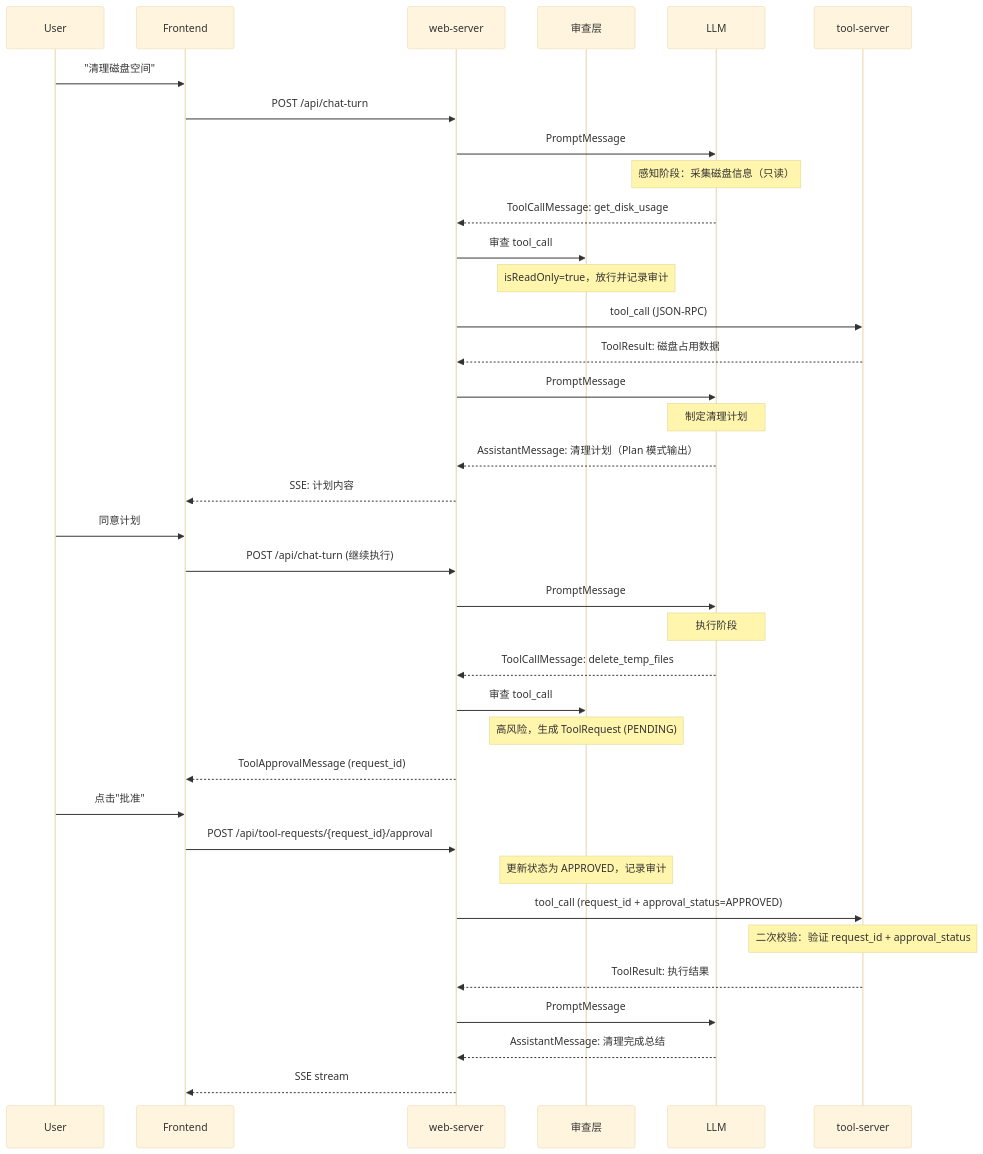
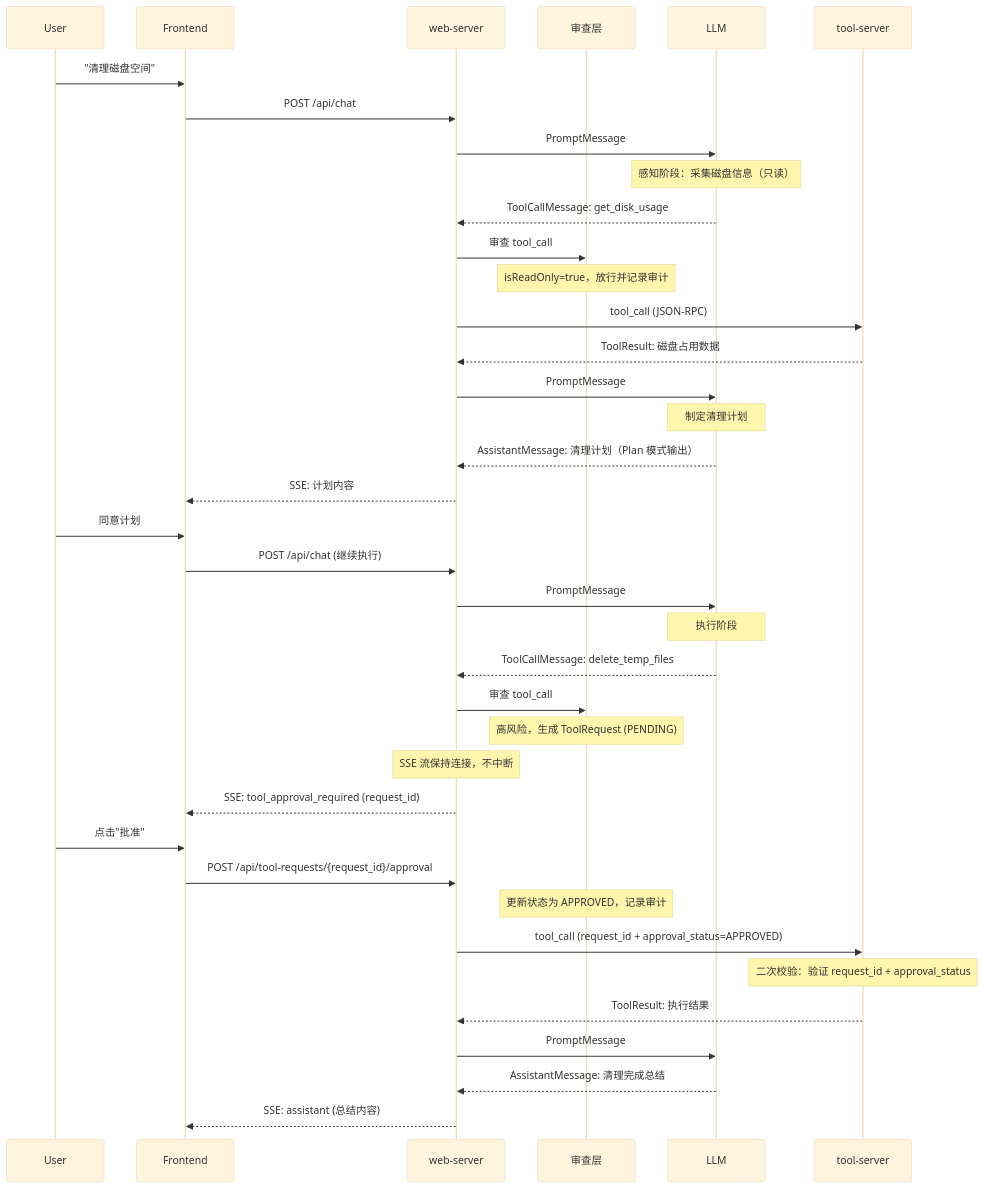
One commit to nazzeDe/alascup-agent changed the second of 3 diagrams in doc/详细设计.md. Above: the diagram before and after it, drawn with Mermaid (base theme). The commit also changed other lines of this file and 13 other files, not shown here.

````diff
--- a/doc/详细设计.md
+++ b/doc/详细设计.md
@@ -52,40 +52,41 @@
 ```mermaid
 sequenceDiagram
     participant user as User
     participant front as Frontend
     participant web as web-server
     participant sec as 审查层
     participant llm as LLM
     participant tool as tool-server
 
     user->>front: "清理磁盘空间"
-    front->>web: POST /api/chat-turn
+    front->>web: POST /api/chat
     web->>llm: PromptMessage
     Note over llm: 感知阶段：采集磁盘信息（只读）
     llm-->>web: ToolCallMessage: get_disk_usage
     web->>sec: 审查 tool_call
     Note over sec: isReadOnly=true，放行并记录审计
     web->>tool: tool_call (JSON-RPC)
     tool-->>web: ToolResult: 磁盘占用数据
     web->>llm: PromptMessage
     Note over llm: 制定清理计划
     llm-->>web: AssistantMessage: 清理计划（Plan 模式输出）
     web-->>front: SSE: 计划内容
     user->>front: 同意计划
-    front->>web: POST /api/chat-turn (继续执行)
+    front->>web: POST /api/chat (继续执行)
     web->>llm: PromptMessage
     Note over llm: 执行阶段
     llm-->>web: ToolCallMessage: delete_temp_files
     web->>sec: 审查 tool_call
     Note over sec: 高风险，生成 ToolRequest (PENDING)
-    web-->>front: ToolApprovalMessage (request_id)
+    Note over web: SSE 流保持连接，不中断
+    web-->>front: SSE: tool_approval_required (request_id)
     user->>front: 点击"批准"
     front->>web: POST /api/tool-requests/{request_id}/approval
     Note over sec: 更新状态为 APPROVED，记录审计
     web->>tool: tool_call (request_id + approval_status=APPROVED)
     Note over tool: 二次校验：验证 request_id + approval_status
     tool-->>web: ToolResult: 执行结果
     web->>llm: PromptMessage
     llm-->>web: AssistantMessage: 清理完成总结
-    web-->>front: SSE stream
+    web-->>front: SSE: assistant (总结内容)
 ```
````
